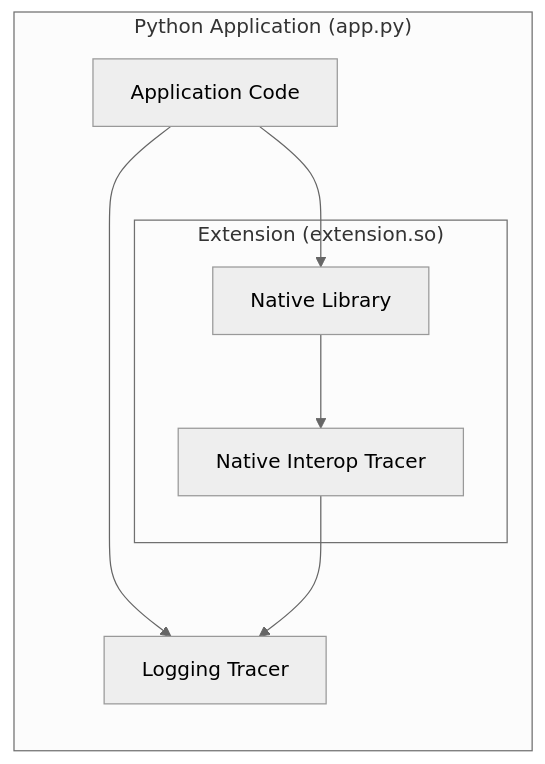
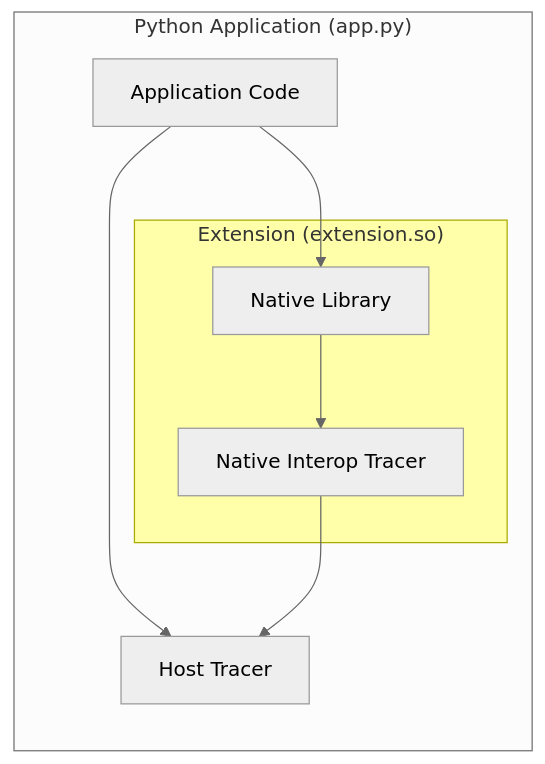
One commit to eyjohn/otinterop changed the diagram in docs/poc.md. Above: the diagram before and after it, drawn with Mermaid (neutral theme). The commit also changed other lines of this file, not shown here.

````diff
--- a/docs/poc.md
+++ b/docs/poc.md
@@ -78,15 +78,16 @@
 ```mermaid
 graph LR
-subgraph "Python Application (app.py)"
+subgraph app["Python Application (app.py)"]
     app_code[Application Code]
-    tracer[Logging Tracer]
-    subgraph "Extension   (extension.so)"
+    tracer[Host Tracer]
+    subgraph extension["Extension (extension.so)"]
         native_library[Native Library]
         interop_tracer[Native Interop Tracer]
     end
     app_code --> native_library
     app_code --> tracer
     native_library --> interop_tracer
     interop_tracer --> tracer
 end
+style extension fill:#FFA,stroke:#AA0
 ```
````
